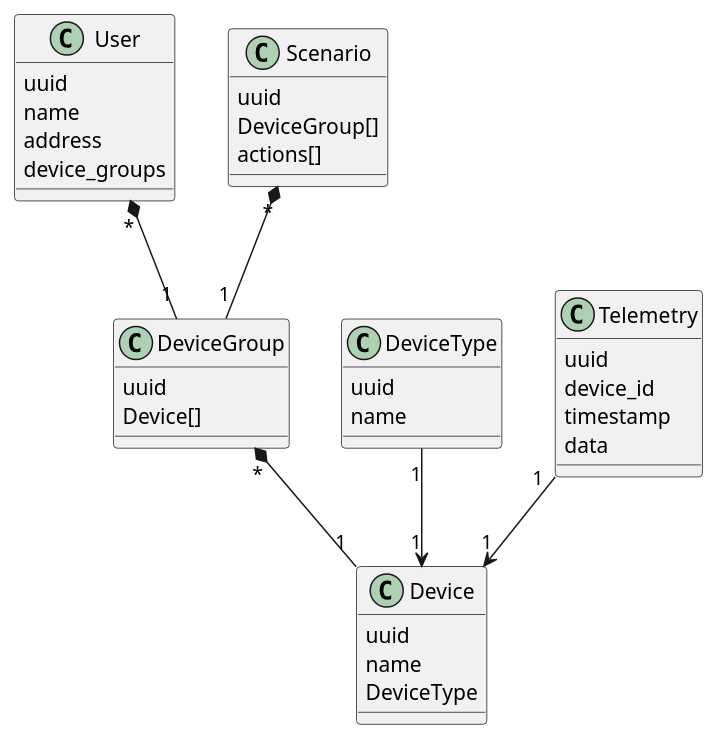
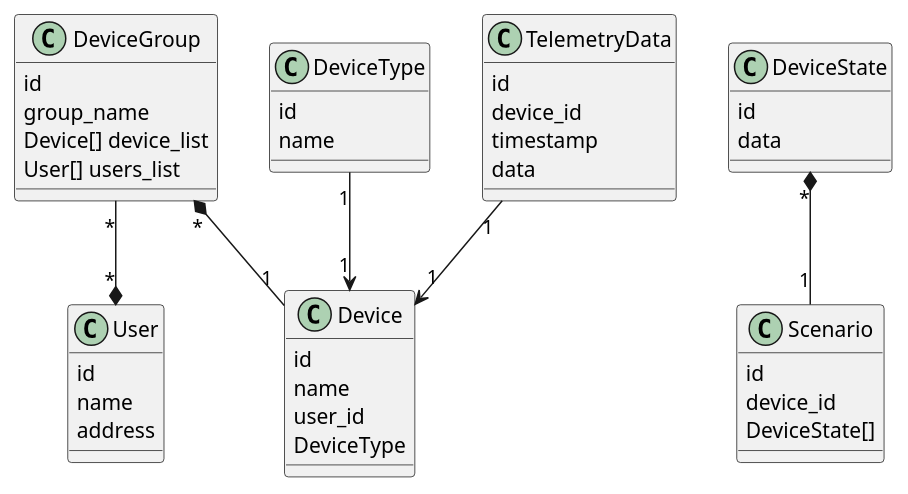
Before and after one commit to drda3x/architechture-sprint-3: the diagram in c4-diagrams/er.puml, drawn with PlantUML. The commit also changed 19 other files, not shown here.

```diff
--- a/c4-diagrams/er.puml
+++ b/c4-diagrams/er.puml
@@ -1,45 +1,53 @@
 @startuml
 
 class User {
-	uuid
+	id
 	name
 	address
-	device_groups
 }
 
 class Device {
-	uuid
+	id
 	name
+	user_id
 	DeviceType
 }
 
 class DeviceType {
-	uuid
+	id
 	name
 }
 
-class Telemetry {
-	uuid
+class TelemetryData {
+	id
 	device_id
 	timestamp
 	data
 }
 
 class DeviceGroup {
-	uuid
-	Device[]
+	id	
+	group_name
+	Device[] device_list
+	User[] users_list
 }
 
 class Scenario {
-	uuid
-	DeviceGroup[]
-	actions[]
+	id
+	device_id
+	DeviceState[] 
 }
 
-User "*" *-- "1" DeviceGroup
+class DeviceState {
+	id
+	data
+}
+
 DeviceGroup "*" *-- "1" Device
 DeviceType "1" --> "1" Device
-Telemetry "1" --> "1" Device
-Scenario "*" *-- "1" DeviceGroup
+TelemetryData "1" --> "1" Device
+
+DeviceState "*" *-- "1" Scenario
+DeviceGroup "*" --* "*" User
 
 @enduml
```
